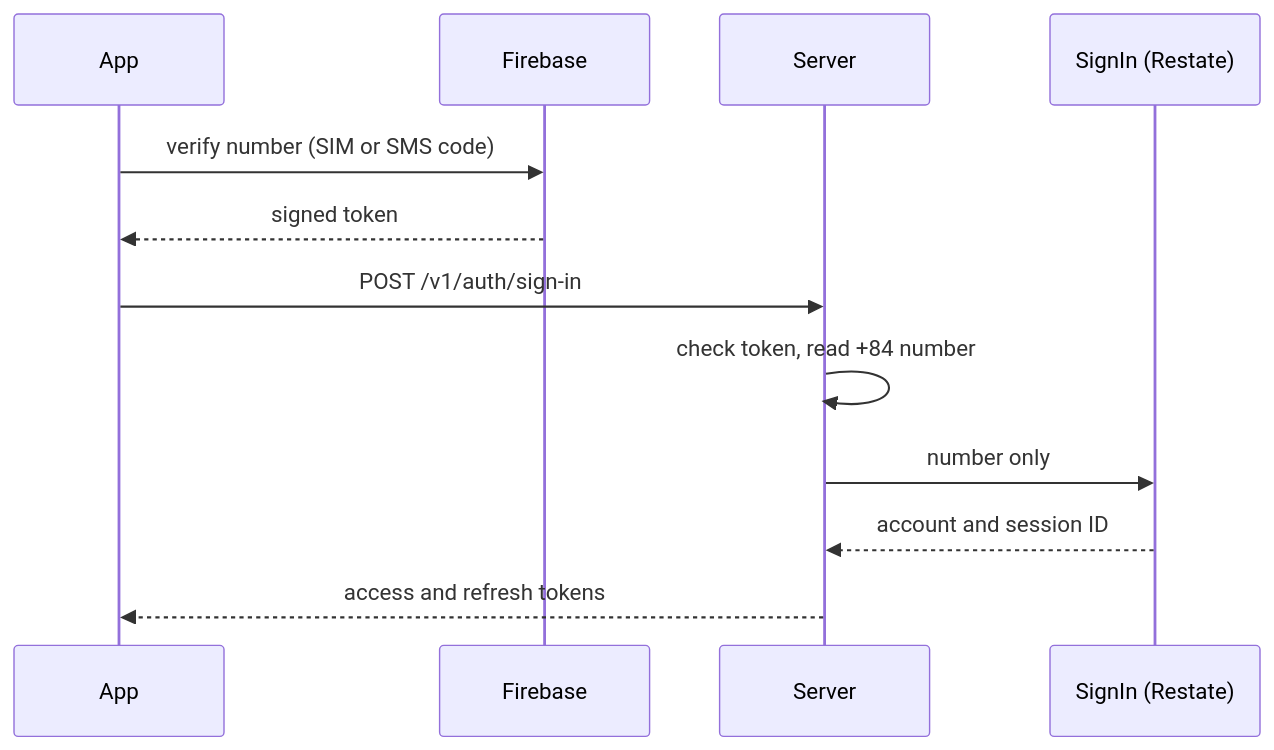
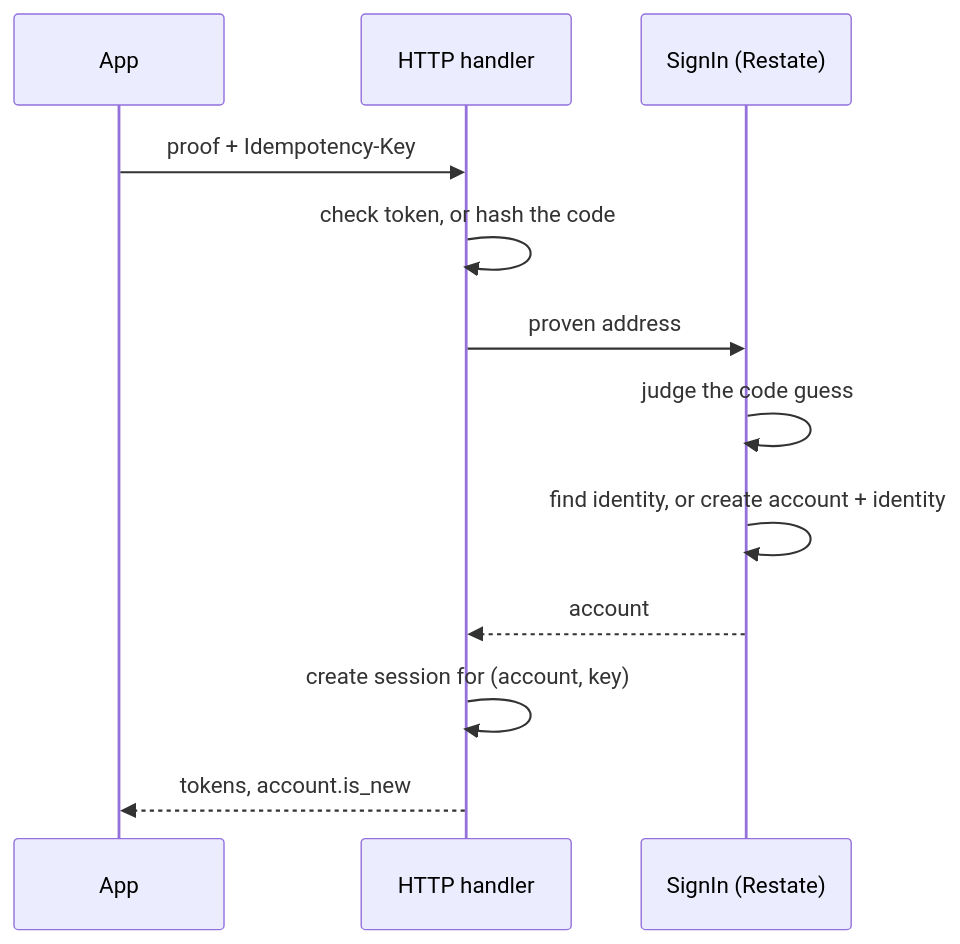
Before and after one commit to shopnexus/docs: the diagram in web/src/content/docs/en/architecture/sign-in.mdx, drawn with Mermaid. The commit also changed other lines of this file and 45 other files, not shown here.

Commit message:
Architecture flows move into the docs site; AGENTS.md rewritten

````diff
--- a/web/src/content/docs/en/architecture/sign-in.mdx
+++ b/web/src/content/docs/en/architecture/sign-in.mdx
@@ -20,14 +32,14 @@
-```mermaid title="Phone sign-in"
+```mermaid title="Sign-in"
 sequenceDiagram
   participant App
-  participant Firebase
-  participant Server
-  participant SignIn as SignIn (Restate)
-  App->>Firebase: verify number (SIM or SMS code)
-  Firebase-->>App: signed token
-  App->>Server: POST /v1/auth/sign-in
-  Server->>Server: check token, read +84 number
-  Server->>SignIn: number only
-  SignIn-->>Server: account and session ID
-  Server-->>App: access and refresh tokens
+  participant API as HTTP handler
+  participant Flow as SignIn (Restate)
+  App->>API: proof + Idempotency-Key
+  API->>API: check token, or hash the code
+  API->>Flow: proven address
+  Flow->>Flow: judge the code guess
+  Flow->>Flow: find identity, or create account + identity
+  Flow-->>API: account
+  API->>API: create session for (account, key)
+  API-->>App: tokens, account.is_new
 ```
````
